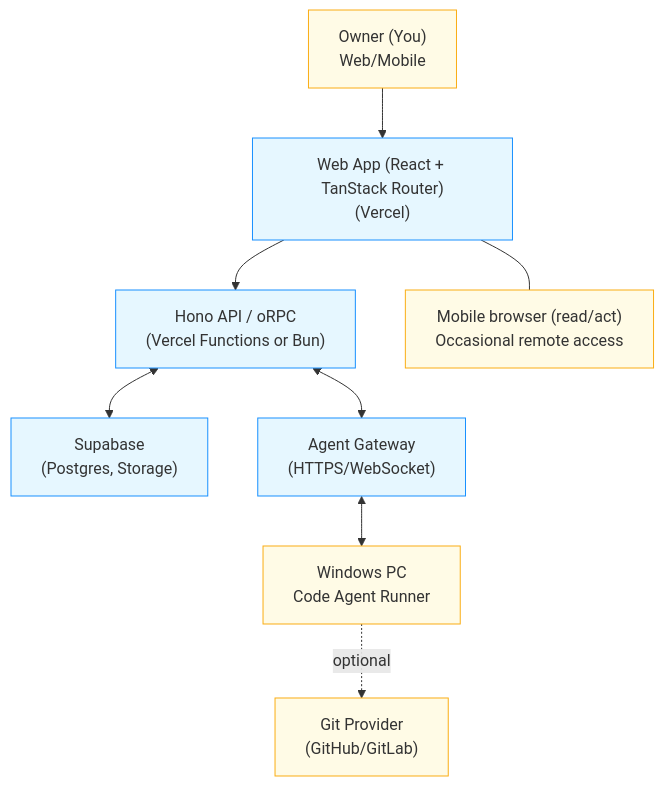
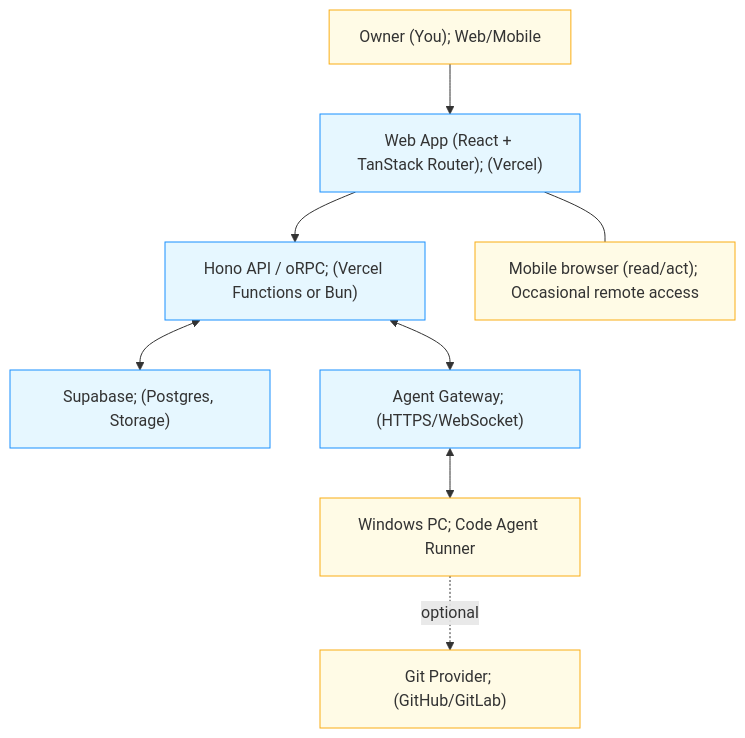
The first of 2 diagrams in docs/requirements.md (ivawzh/v0-bun-hono-tanstack-router), drawn with Mermaid before and after one commit. The commit also changed other lines of this file and 2 other files, not shown here.

Commit message:
Create UI UX design document

````diff
--- a/docs/requirements.md
+++ b/docs/requirements.md
@@ -66,14 +66,14 @@
 ```mermaid
 flowchart TD
-  U["Owner (You)\nWeb/Mobile"] --> WEB["Web App (React + TanStack Router)\n(Vercel)"]
-  WEB --> API["Hono API / oRPC\n(Vercel Functions or Bun)"]
-  API <--> DB["Supabase\n(Postgres, Storage)"]
-  API <--> AGW["Agent Gateway\n(HTTPS/WebSocket)"]
-  AGW <--> AR["Windows PC\nCode Agent Runner"]
-  AR -. optional .-> GIT["Git Provider\n(GitHub/GitLab)"]
-  WEB --- MOB["Mobile browser (read/act)\nOccasional remote access"]
+  U["Owner (You); Web/Mobile"] --> WEB["Web App (React + TanStack Router); (Vercel)"]
+  WEB --> API["Hono API / oRPC; (Vercel Functions or Bun)"]
+  API <--> DB["Supabase; (Postgres, Storage)"]
+  API <--> AGW["Agent Gateway; (HTTPS/WebSocket)"]
+  AGW <--> AR["Windows PC; Code Agent Runner"]
+  AR -. optional .-> GIT["Git Provider; (GitHub/GitLab)"]
+  WEB --- MOB["Mobile browser (read/act); Occasional remote access"]
   classDef infra fill:#e6f7ff,stroke:#1890ff,stroke-width:1px
   classDef runtime fill:#fffbe6,stroke:#faad14,stroke-width:1px
   class WEB,API,DB,AGW infra
   class U,MOB,AR,GIT runtime
 ```
````
